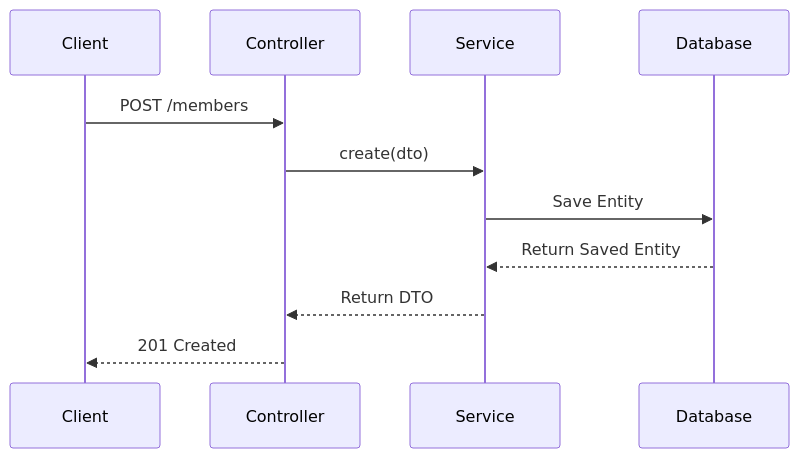
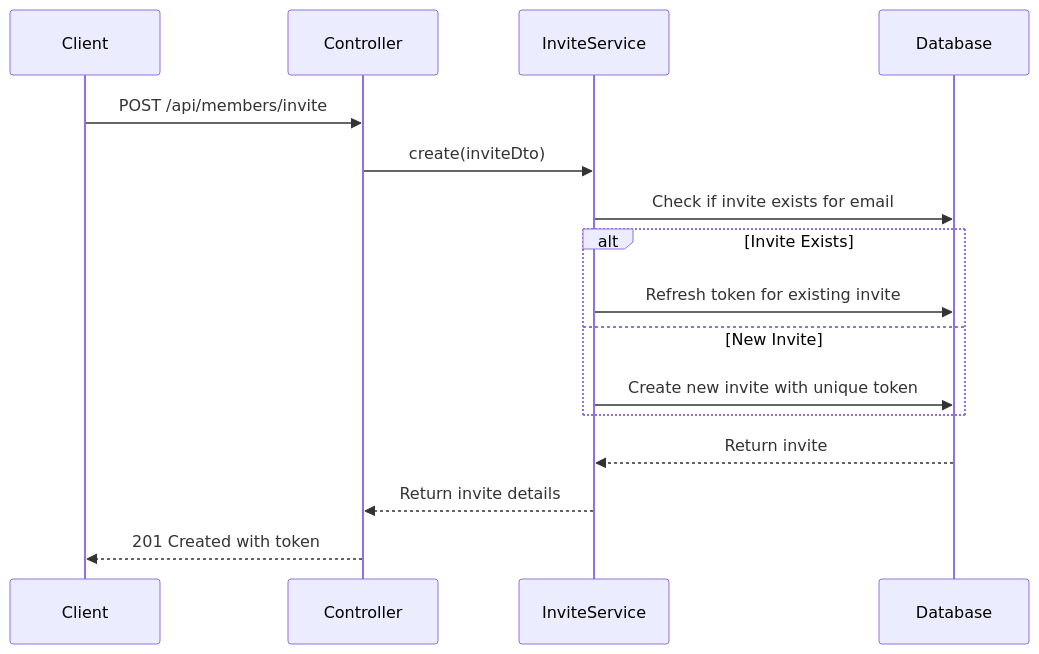
Before and after one commit to ivan-shalimov/community: the first of 3 diagrams in community-web-api/src/modules/members/readme.md, drawn with Mermaid. The commit also changed other lines of this file, not shown here.

````diff
--- a/community-web-api/src/modules/members/readme.md
+++ b/community-web-api/src/modules/members/readme.md
@@ -31,14 +62,19 @@
 ```mermaid
 sequenceDiagram
     participant Client
     participant Controller
-    participant Service
+    participant InviteService
     participant Database
 
-    Client->>Controller: POST /members
-    Controller->>Service: create(dto)
-    Service->>Database: Save Entity
-    Database-->>Service: Return Saved Entity
-    Service-->>Controller: Return DTO
-    Controller-->>Client: 201 Created
+    Client->>Controller: POST /api/members/invite
+    Controller->>InviteService: create(inviteDto)
+    InviteService->>Database: Check if invite exists for email
+    alt Invite Exists
+        InviteService->>Database: Refresh token for existing invite
+    else New Invite
+        InviteService->>Database: Create new invite with unique token
+    end
+    Database-->>InviteService: Return invite
+    InviteService-->>Controller: Return invite details
+    Controller-->>Client: 201 Created with token
 ```
````
